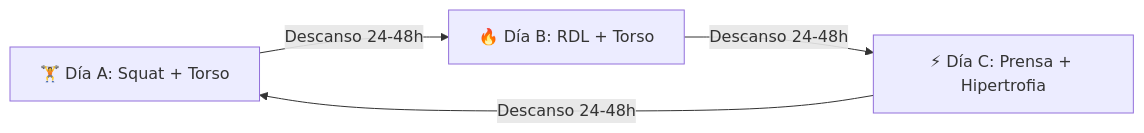
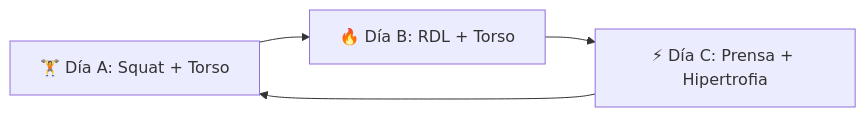
One commit to danicb99/gym changed the diagram in RUTINA_ENTRENAMIENTO.md. Above: the diagram before and after it, drawn with Mermaid. The commit also changed other lines of this file, not shown here.

````diff
--- a/RUTINA_ENTRENAMIENTO.md
+++ b/RUTINA_ENTRENAMIENTO.md
@@ -52,6 +64,6 @@
 ```mermaid
 flowchart LR
-    A["🏋️ Día A: Squat + Torso"] -->|Descanso 24-48h| B["🔥 Día B: RDL + Torso"]
-    B -->|Descanso 24-48h| C["⚡ Día C: Prensa + Hipertrofia"]
-    C -->|Descanso 24-48h| A
+    A["🏋️ Día A: Squat + Torso"] --> B["🔥 Día B: RDL + Torso"]
+    B --> C["⚡ Día C: Prensa + Hipertrofia"]
+    C --> A
 ```
````
